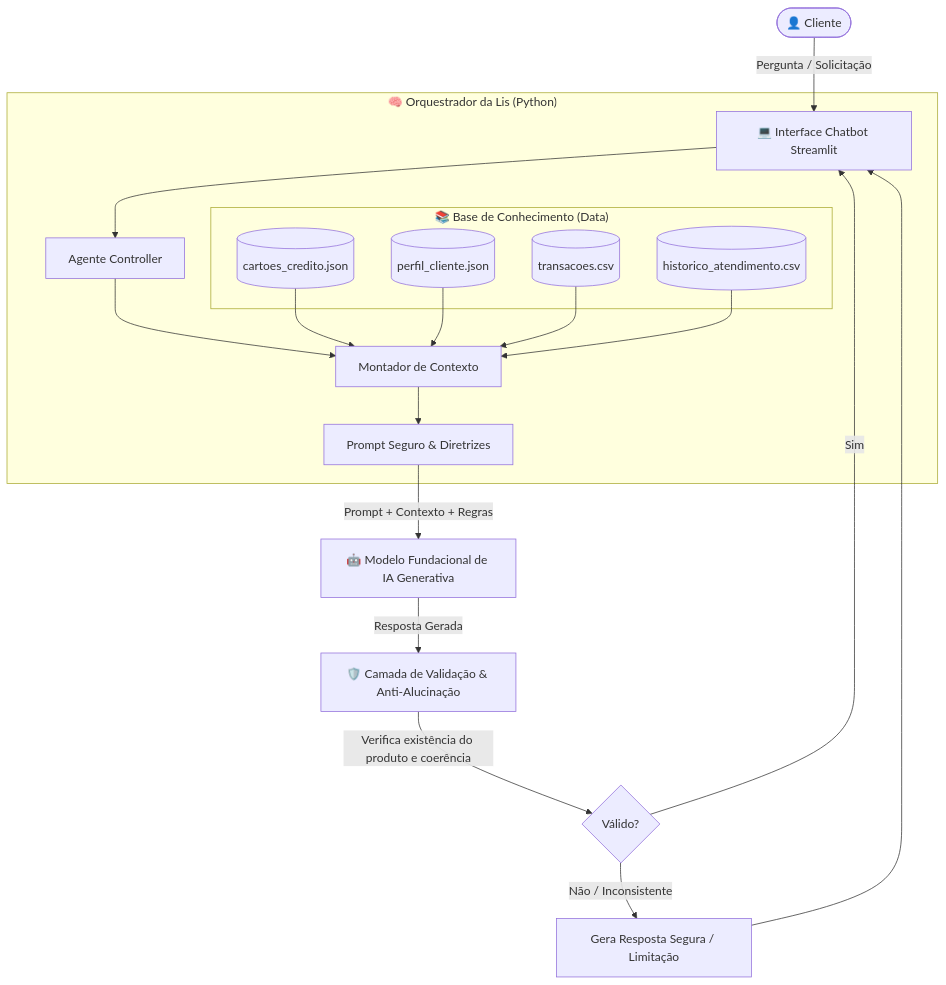
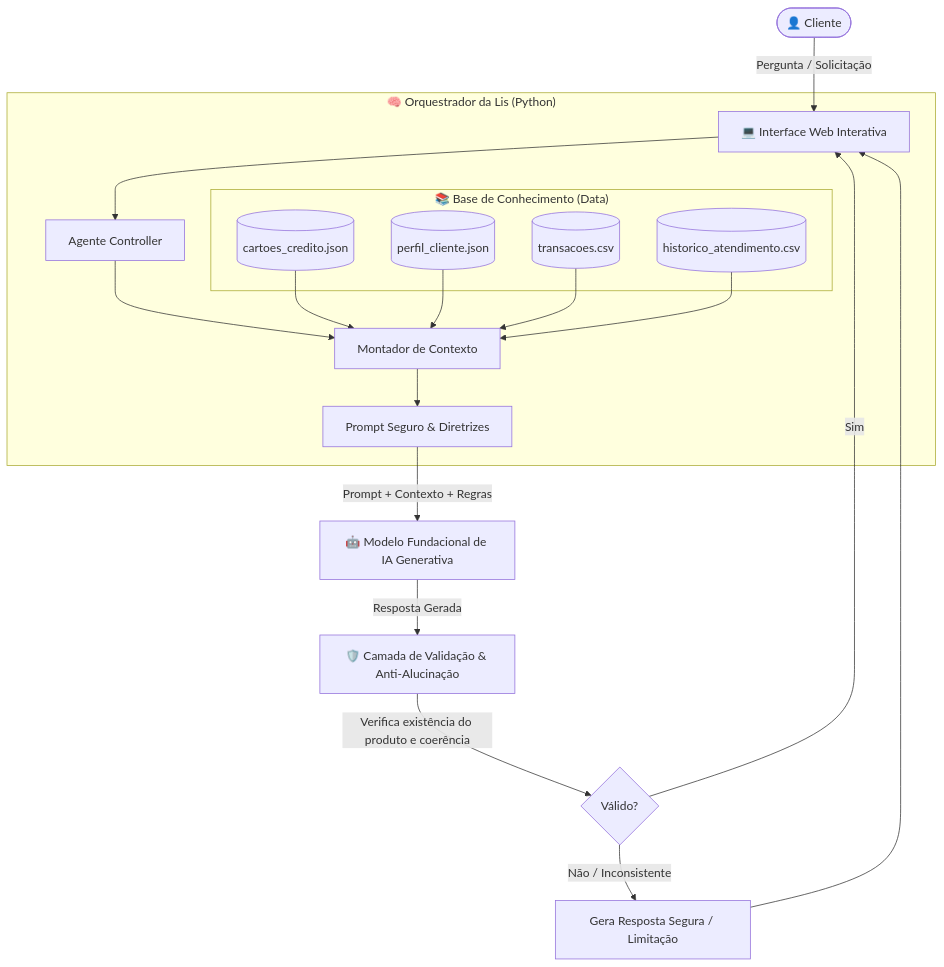
Before and after one commit to Adenilton1401/dio-lab-bia-do-futuro: the diagram in docs/01-documentacao-agente.md, drawn with Mermaid. The commit also changed other lines of this file and 16 other files, not shown here.

````diff
--- a/docs/01-documentacao-agente.md
+++ b/docs/01-documentacao-agente.md
@@ -67,31 +67,31 @@
 ```mermaid
 flowchart TD
-    User([👤 Cliente]) -->|Pergunta / Solicitação| UI[💻 Interface Chatbot Streamlit]
+    User([👤 Cliente]) -->|Pergunta / Solicitação| UI[💻 Interface Web Interativa]
     
     subgraph Orquestração ["🧠 Orquestrador da Lis (Python)"]
         UI --> Controller[Agente Controller]
         Controller --> ContextBuilder[Montador de Contexto]
         
         subgraph BaseConhecimento ["📚 Base de Conhecimento (Data)"]
             DB_Cards[(cartoes_credito.json)]
             DB_Profile[(perfil_cliente.json)]
             DB_Trans[(transacoes.csv)]
             DB_History[(historico_atendimento.csv)]
         end
         
         DB_Cards --> ContextBuilder
         DB_Profile --> ContextBuilder
         DB_Trans --> ContextBuilder
         DB_History --> ContextBuilder
         
         ContextBuilder --> PromptEngine[Prompt Seguro & Diretrizes]
     end
     
     PromptEngine -->|Prompt + Contexto + Regras| LLM[🤖 Modelo Fundacional de IA Generativa]
     LLM -->|Resposta Gerada| Guardrails[🛡️ Camada de Validação & Anti-Alucinação]
     
     Guardrails -->|Verifica existência do produto e coerência| OutputCheck{Válido?}
     OutputCheck -->|Sim| UI
     OutputCheck -->|Não / Inconsistente| Fallback[Gera Resposta Segura / Limitação]
     Fallback --> UI
 ```
````
